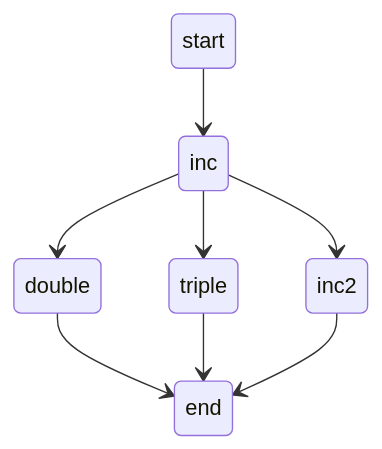
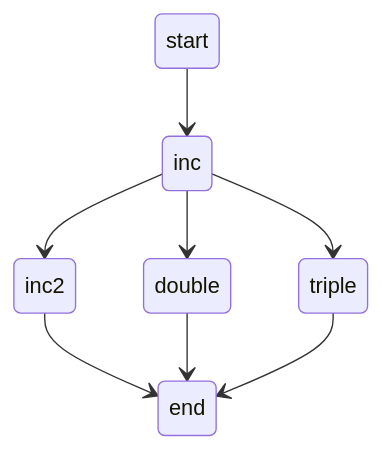
One commit to nquangtrung/agentgo changed the diagram in graph/graph_visualize_test_2ItrsInSameSuperStep.md. Above: the diagram before and after it, drawn with Mermaid. The commit also changed other lines of this file and 15 other files, not shown here.

````diff
--- a/graph/graph_visualize_test_2ItrsInSameSuperStep.md
+++ b/graph/graph_visualize_test_2ItrsInSameSuperStep.md
@@ -1,17 +1,17 @@
 ```mermaid
 stateDiagram-v2
-    state "double" as double
     state "triple" as triple
     state "start" as start
     state "end" as end
     state "inc" as inc
     state "inc2" as inc2
+    state "double" as double
+    inc2 --> end : 
     start --> inc : 
     inc --> inc2 : 
     inc --> double : 
     inc --> triple : 
     double --> end : 
     triple --> end : 
-    inc2 --> end : 
 
 ```
````
